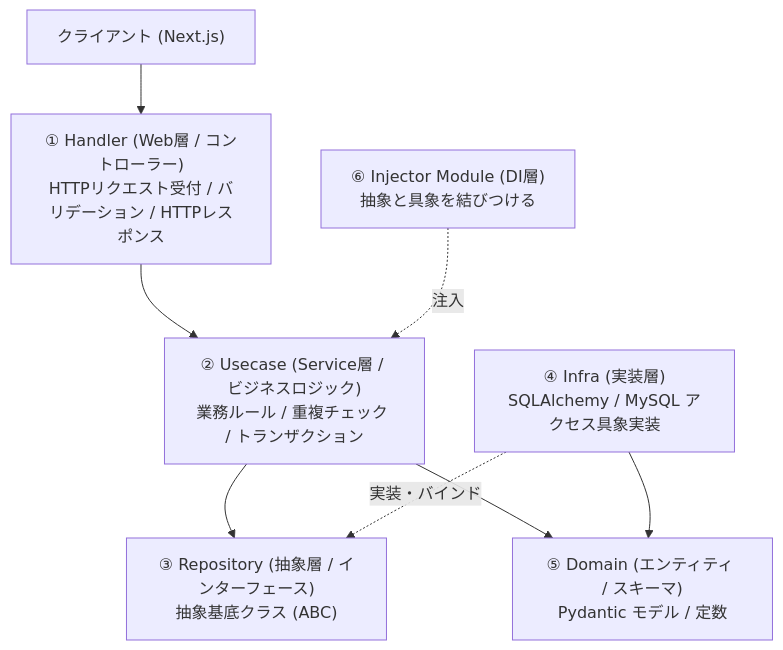
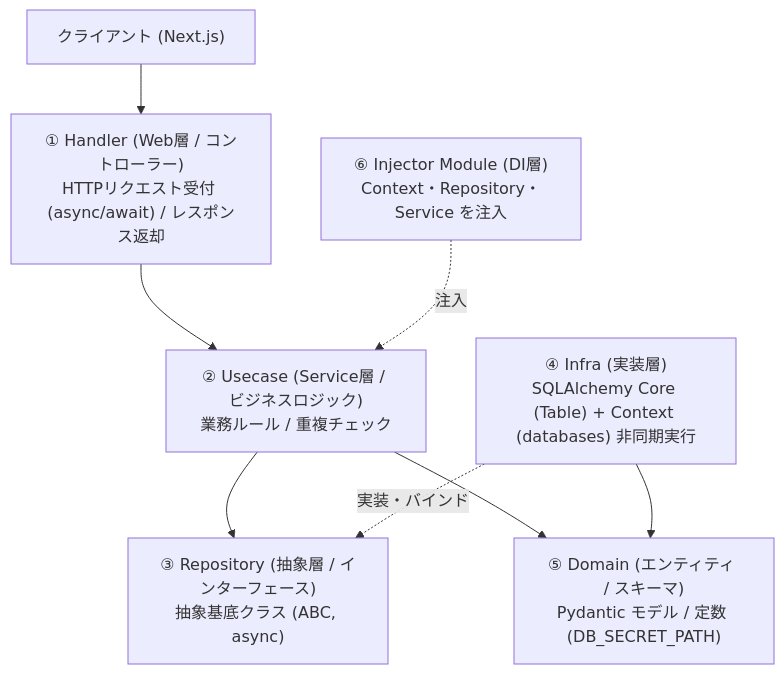
Before and after one commit to t-kazari/study: the second of 2 diagrams in docs/system_architecture.md, drawn with Mermaid. The commit also changed other lines of this file and 16 other files, not shown here.

Commit message:
feat: SecretManager/cloud_sql.json + databases + SQLAlchemy Core + Context による非同期DBアクセス仕様へ刷新

````diff
--- a/docs/system_architecture.md
+++ b/docs/system_architecture.md
@@ -42,11 +42,11 @@
 ```mermaid
 flowchart TD
-    Client["クライアント (Next.js)"] --> Handler["① Handler (Web層 / コントローラー)<br>HTTPリクエスト受付 / バリデーション / HTTPレスポンス"]
-    Handler --> Service["② Usecase (Service層 / ビジネスロジック)<br>業務ルール / 重複チェック / トランザクション"]
-    Service --> RepoInterface["③ Repository (抽象層 / インターフェース)<br>抽象基底クラス (ABC)"]
-    RepoImpl["④ Infra (実装層)<br>SQLAlchemy / MySQL アクセス具象実装"] -.->|実装・バインド| RepoInterface
-    Service --> Domain["⑤ Domain (エンティティ / スキーマ)<br>Pydantic モデル / 定数"]
+    Client["クライアント (Next.js)"] --> Handler["① Handler (Web層 / コントローラー)<br>HTTPリクエスト受付 (async/await) / レスポンス返却"]
+    Handler --> Service["② Usecase (Service層 / ビジネスロジック)<br>業務ルール / 重複チェック"]
+    Service --> RepoInterface["③ Repository (抽象層 / インターフェース)<br>抽象基底クラス (ABC, async)"]
+    RepoImpl["④ Infra (実装層)<br>SQLAlchemy Core (Table) + Context (databases) 非同期実行"] -.->|実装・バインド| RepoInterface
+    Service --> Domain["⑤ Domain (エンティティ / スキーマ)<br>Pydantic モデル / 定数 (DB_SECRET_PATH)"]
     RepoImpl --> Domain
 
-    DI["⑥ Injector Module (DI層)<br>抽象と具象を結びつける"] -.->|注入| Service
+    DI["⑥ Injector Module (DI層)<br>Context・Repository・Service を注入"] -.->|注入| Service
 ```
````
